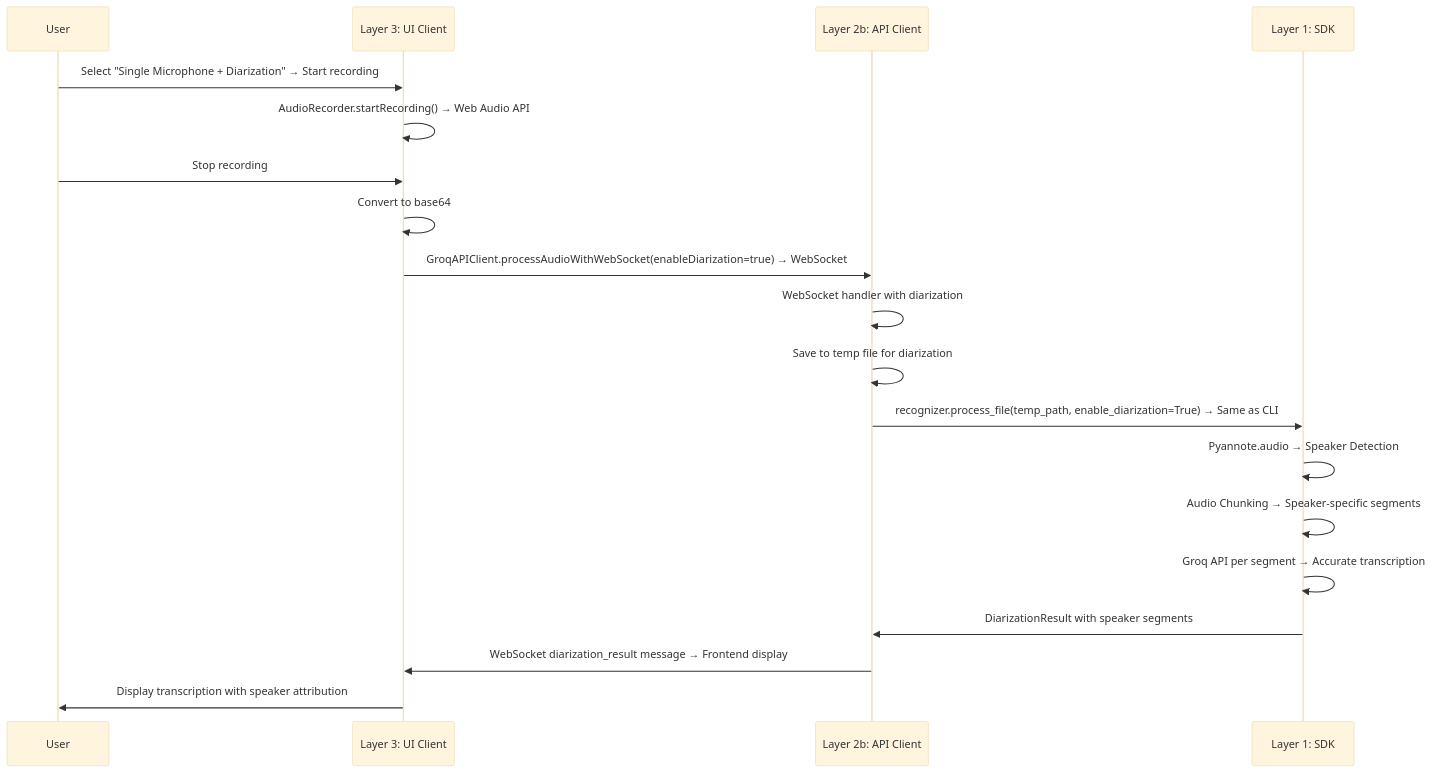
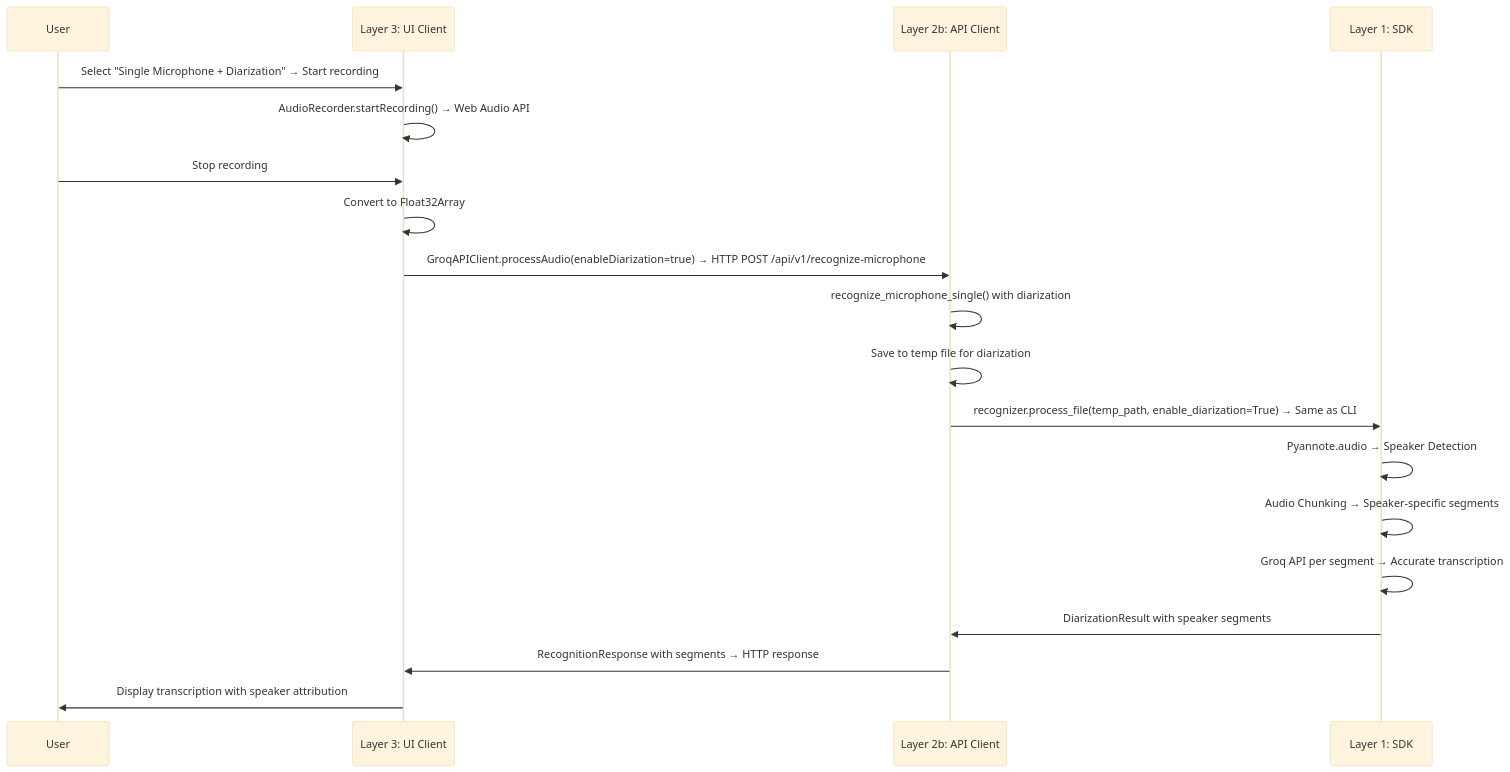
Diagram 12 of 24 in docs/ARCHITECTURE.md (sreenivasmrpivot/groq-speech), drawn with Mermaid (base theme) before and after one commit. The commit also changed other lines of this file and 38 other files, not shown here.

````diff
--- a/docs/ARCHITECTURE.md
+++ b/docs/ARCHITECTURE.md
@@ -282,22 +292,22 @@
 ```mermaid
 sequenceDiagram
     participant User
     participant UI as Layer 3: UI Client
     participant API as Layer 2b: API Client
     participant SDK as Layer 1: SDK
     
     User->>UI: Select "Single Microphone + Diarization" → Start recording
     UI->>UI: AudioRecorder.startRecording() → Web Audio API
     User->>UI: Stop recording
-    UI->>UI: Convert to base64
-    UI->>API: GroqAPIClient.processAudioWithWebSocket(enableDiarization=true) → WebSocket
-    API->>API: WebSocket handler with diarization
+    UI->>UI: Convert to Float32Array
+    UI->>API: GroqAPIClient.processAudio(enableDiarization=true) → HTTP POST /api/v1/recognize-microphone
+    API->>API: recognize_microphone_single() with diarization
     API->>API: Save to temp file for diarization
     API->>SDK: recognizer.process_file(temp_path, enable_diarization=True) → Same as CLI
     SDK->>SDK: Pyannote.audio → Speaker Detection
     SDK->>SDK: Audio Chunking → Speaker-specific segments
     SDK->>SDK: Groq API per segment → Accurate transcription
     SDK->>API: DiarizationResult with speaker segments
-    API->>UI: WebSocket diarization_result message → Frontend display
+    API->>UI: RecognitionResponse with segments → HTTP response
     UI->>User: Display transcription with speaker attribution
 ```
````
